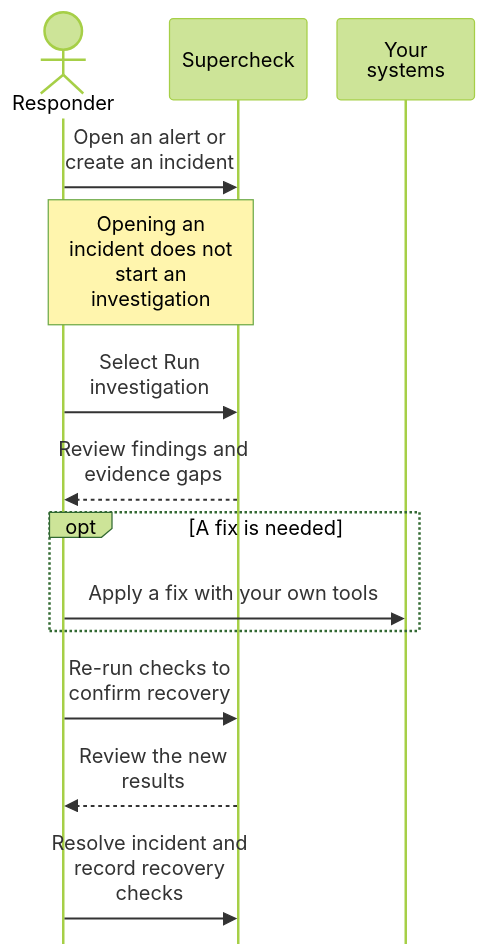
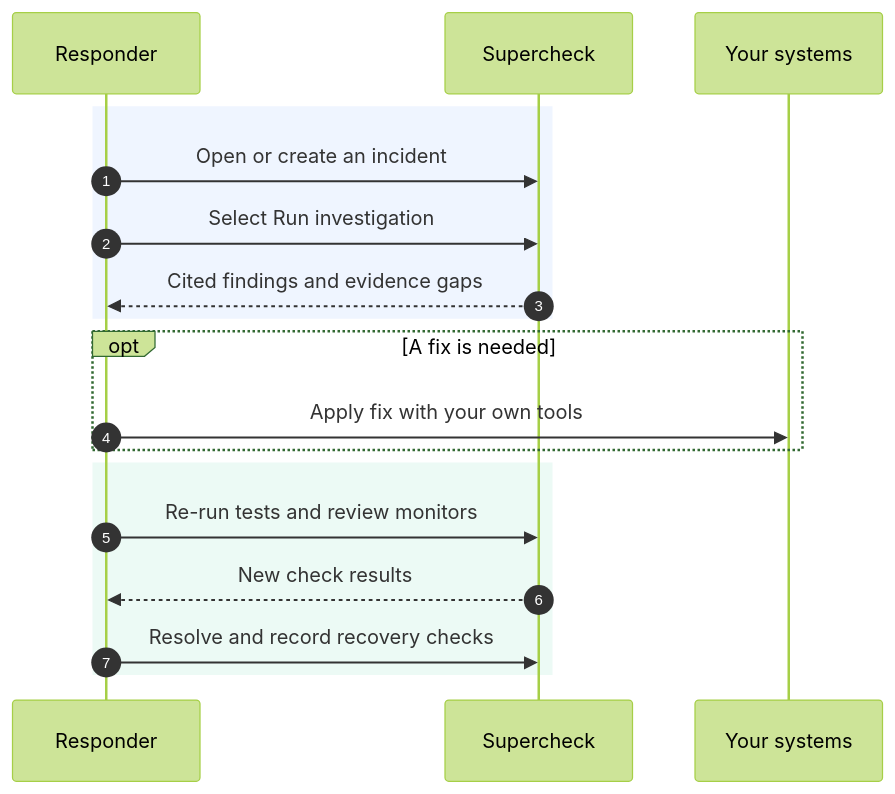
Before and after one commit to supercheck-io/supercheck: the diagram in docs/content/docs/app/investigate/index.mdx, drawn with Mermaid (forest theme). The commit also changed other lines of this file and 34 other files, not shown here.

Commit message:
docs: restore architecture and polish user workflows (#337)

````diff
--- a/docs/content/docs/app/investigate/index.mdx
+++ b/docs/content/docs/app/investigate/index.mdx
@@ -16,18 +16,23 @@
 ```mermaid
-%%{init: {"sequence": {"mirrorActors": false, "actorMargin": 24, "width": 110, "height": 65, "wrap": true}}}%%
 sequenceDiagram
-    actor Responder as Responder
-    participant Supercheck as Supercheck
-    participant System as Your systems
+    accTitle: Incident investigation
+    accDescr: Open an incident, investigate, apply your own fix, verify recovery, and resolve.
+    autonumber
+    participant You as Responder
+    participant App as Supercheck
+    participant Environment as Your systems
 
-    Responder->>Supercheck: Open an alert or create an incident
-    Note over Responder,Supercheck: Opening an incident does not start an investigation
-    Responder->>Supercheck: Select Run investigation
-    Supercheck-->>Responder: Review findings and evidence gaps
+    rect rgba(59, 130, 246, 0.08)
+        You->>App: Open or create an incident
+        You->>App: Select Run investigation
+        App-->>You: Cited findings and evidence gaps
+    end
     opt A fix is needed
-        Responder->>System: Apply a fix with your own tools
+        You->>Environment: Apply fix with your own tools
     end
-    Responder->>Supercheck: Re-run checks to confirm recovery
-    Supercheck-->>Responder: Review the new results
-    Responder->>Supercheck: Resolve incident and record recovery checks
+    rect rgba(16, 185, 129, 0.08)
+        You->>App: Re-run tests and review monitors
+        App-->>You: New check results
+        You->>App: Resolve and record recovery checks
+    end
 ```
````
